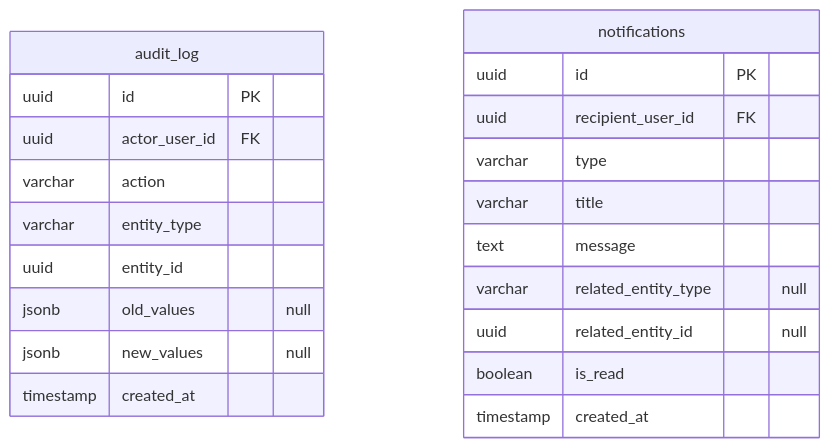
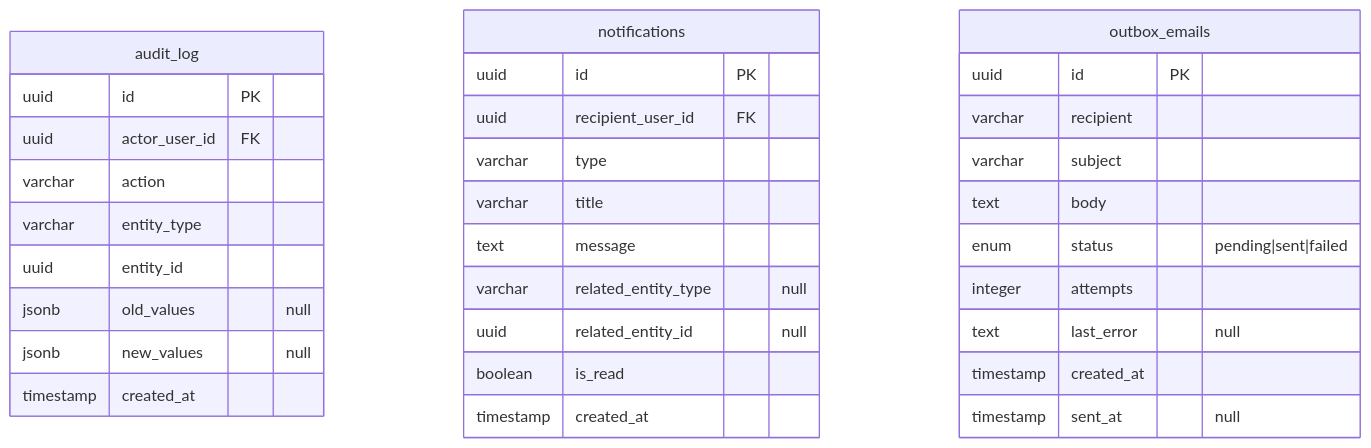
One commit to EXCOFFee/acalud changed the diagram in docs/01-modelo-datos/der_m6.mmd. Above: the diagram before and after it, drawn with Mermaid. The commit also changed 79 other files, not shown here.

```diff
--- a/docs/01-modelo-datos/der_m6.mmd
+++ b/docs/01-modelo-datos/der_m6.mmd
@@ -1,22 +1,33 @@
 erDiagram
   audit_log {
     uuid id PK
     uuid actor_user_id FK
     varchar action
     varchar entity_type
     uuid entity_id
     jsonb old_values "null"
     jsonb new_values "null"
     timestamp created_at
   }
   notifications {
     uuid id PK
     uuid recipient_user_id FK
     varchar type
     varchar title
     text message
     varchar related_entity_type "null"
     uuid related_entity_id "null"
     boolean is_read
     timestamp created_at
   }
+  outbox_emails {
+    uuid id PK
+    varchar recipient
+    varchar subject
+    text body
+    enum status "pending|sent|failed"
+    integer attempts
+    text last_error "null"
+    timestamp created_at
+    timestamp sent_at "null"
+  }
```
